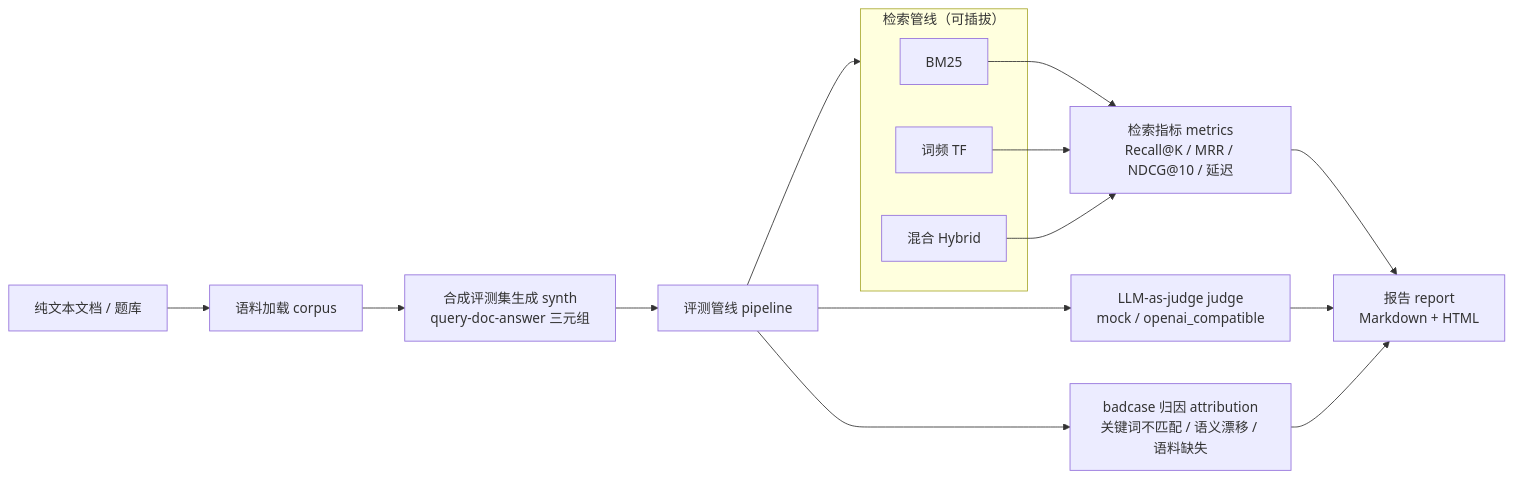
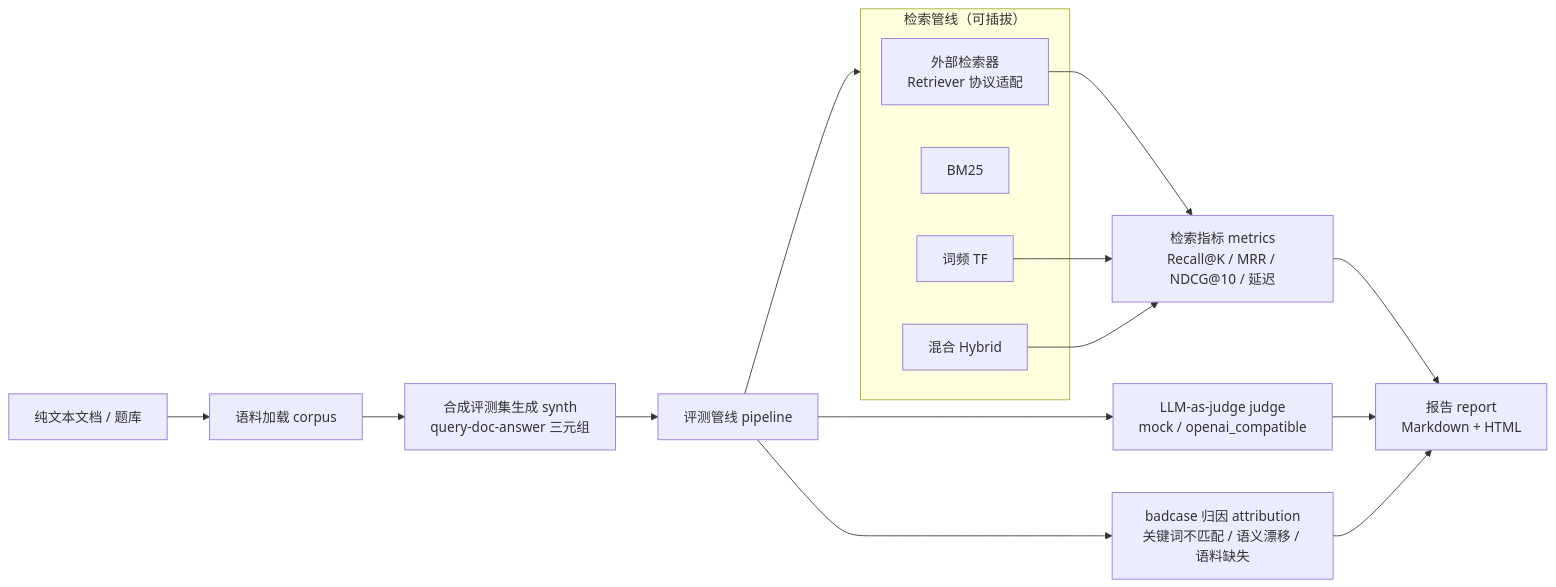
Before and after one commit to lii-lii321/llm-eval-kit: the diagram in README.md, drawn with Mermaid. The commit also changed other lines of this file and 2 other files, not shown here.

````diff
--- a/README.md
+++ b/README.md
@@ -20,20 +24,21 @@
 ```mermaid
 flowchart LR
     A["纯文本文档 / 题库"] --> B["语料加载 corpus"]
     B --> C["合成评测集生成 synth<br/>query-doc-answer 三元组"]
     C --> D["评测管线 pipeline"]
     subgraph R["检索管线（可插拔）"]
+        E0["外部检索器<br/>Retriever 协议适配"]
         E1["BM25"]
         E2["词频 TF"]
         E3["混合 Hybrid"]
     end
     D --> R
-    E1 --> F["检索指标 metrics<br/>Recall@K / MRR / NDCG@10 / 延迟"]
+    E0 --> F["检索指标 metrics<br/>Recall@K / MRR / NDCG@10 / 延迟"]
     E2 --> F
     E3 --> F
     D --> G["LLM-as-judge judge<br/>mock / openai_compatible"]
     D --> H["badcase 归因 attribution<br/>关键词不匹配 / 语义漂移 / 语料缺失"]
     F --> I["报告 report<br/>Markdown + HTML"]
     G --> I
     H --> I
 ```
````
